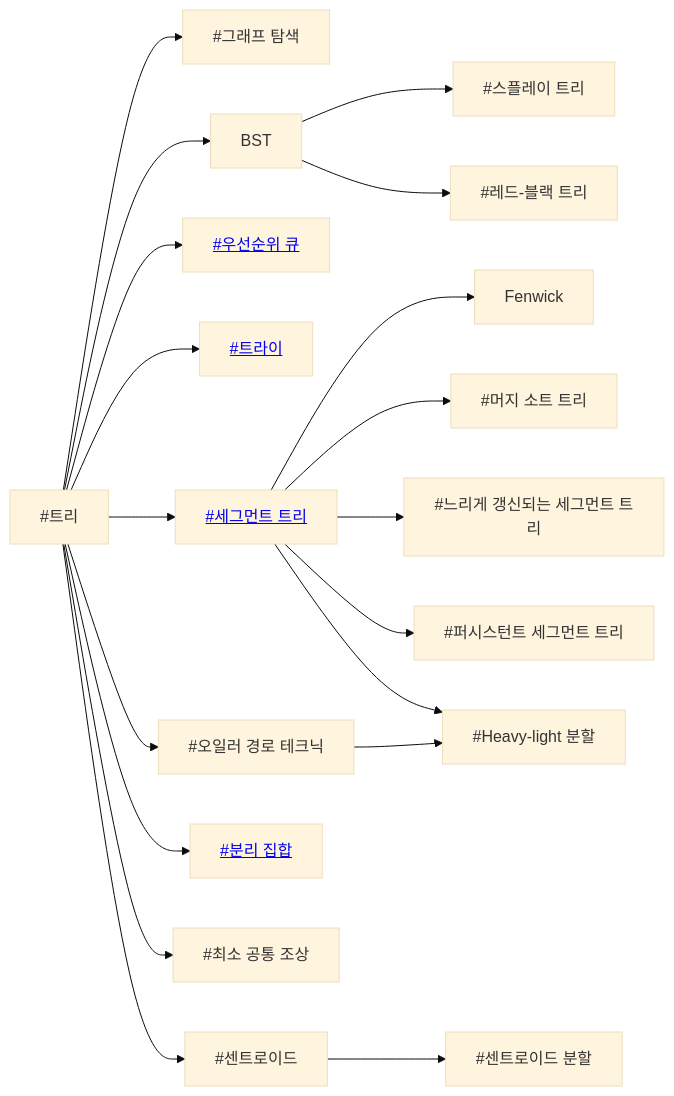
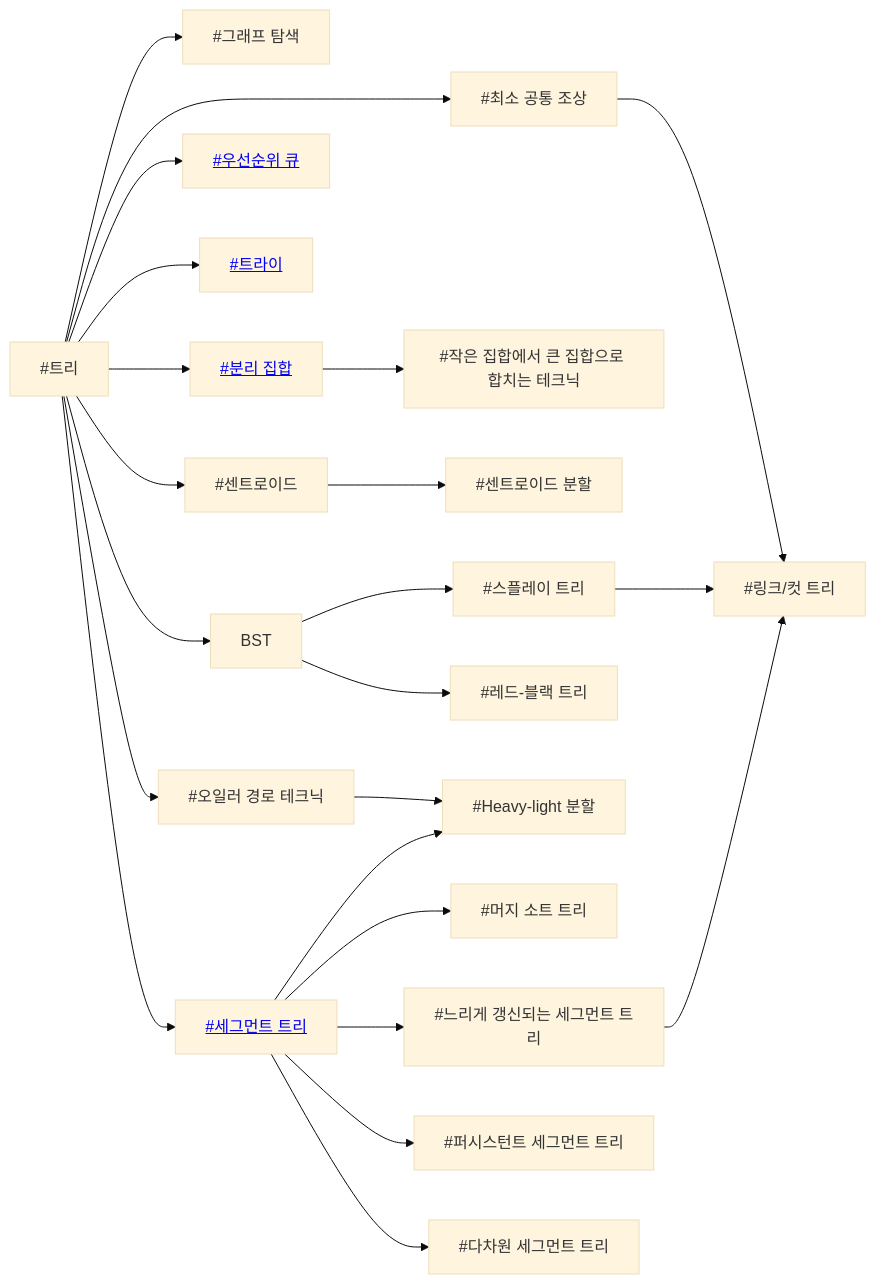
One commit to CHOYUNSIG/algorithm_with_boj changed the fourth of 9 diagrams in index.md. Above: the diagram before and after it, drawn with Mermaid (base theme). The commit also changed other lines of this file and 2 other files, not shown here.

```diff
--- a/index.md
+++ b/index.md
@@ -149,39 +95,46 @@
 <pre class="mermaid">
     graph LR
 
     #trees --> #graph_traversal
     #trees --> BST
     #trees --> #priority_queue
     #trees --> #trie
     #trees --> #segtree
     #trees --> #euler_tour_technique
     #trees --> #disjoint_set
     #trees --> #lca
     #trees --> #centroid
+    #lca --> #link_cut_tree
+    #disjoint_set --> #smaller_to_larger
     #centroid --> #centroid_decomposition
     BST --> #splay_tree
     BST --> #rb_tree
+    #splay_tree --> #link_cut_tree
     #euler_tour_technique --> #hld
-    #segtree --> Fenwick
     #segtree --> #merge_sort_tree
     #segtree --> #lazyprop
     #segtree --> #pst
+    #segtree --> #multi_segtree
     #segtree --> #hld
+    #lazyprop --> #link_cut_tree
 
     #hld[#Heavy-light 분할]
     #graph_traversal[#그래프 탐색]
     #lazyprop[#느리게 갱신되는 세그먼트 트리]
+    #multi_segtree[#다차원 세그먼트 트리]
     #rb_tree[#레드-블랙 트리]
+    #link_cut_tree[#링크/컷 트리]
     #merge_sort_tree[#머지 소트 트리]
     #disjoint_set[<a href="post/2024/01/13/disjoint_set.html">#분리 집합</a>]
     #segtree[<a href="post/2024/01/11/segtree.html">#세그먼트 트리</a>]
     #centroid[#센트로이드]
     #centroid_decomposition[#센트로이드 분할]
     #splay_tree[#스플레이 트리]
     #euler_tour_technique[#오일러 경로 테크닉]
     #priority_queue[<a href="post/2024/01/15/priority_queue.html">#우선순위 큐</a>]
+    #smaller_to_larger[#작은 집합에서 큰 집합으로 합치는 테크닉]
     #lca[#최소 공통 조상]
     #trie[<a href="post/2024/01/03/trie.html">#트라이</a>]
     #trees[#트리]
     #pst[#퍼시스턴트 세그먼트 트리]
 </pre>
```
